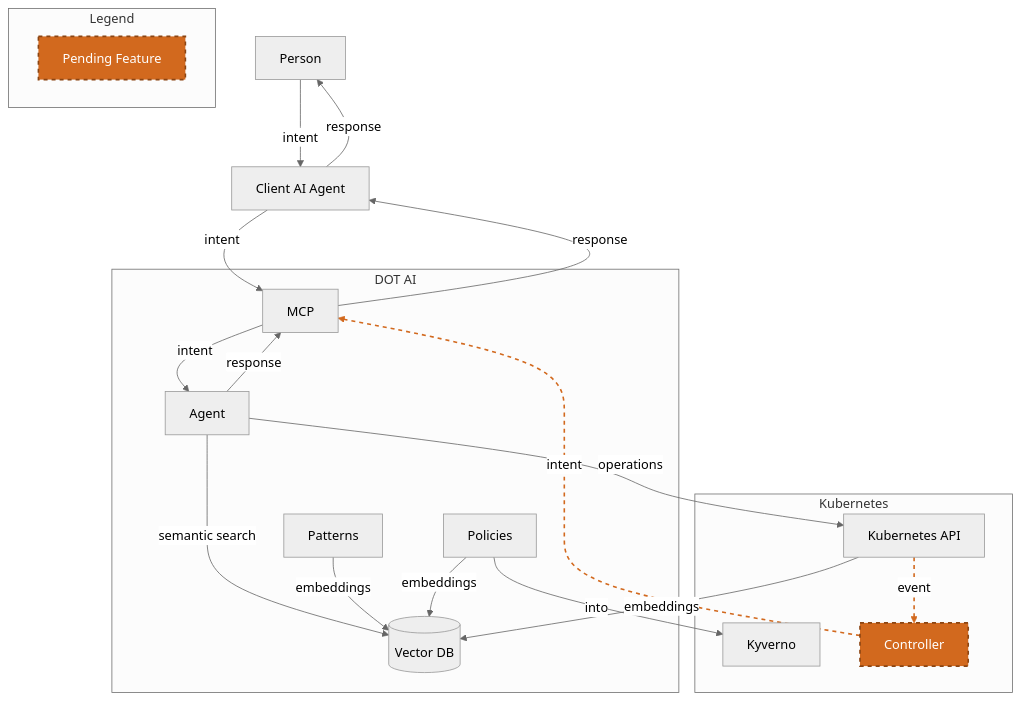
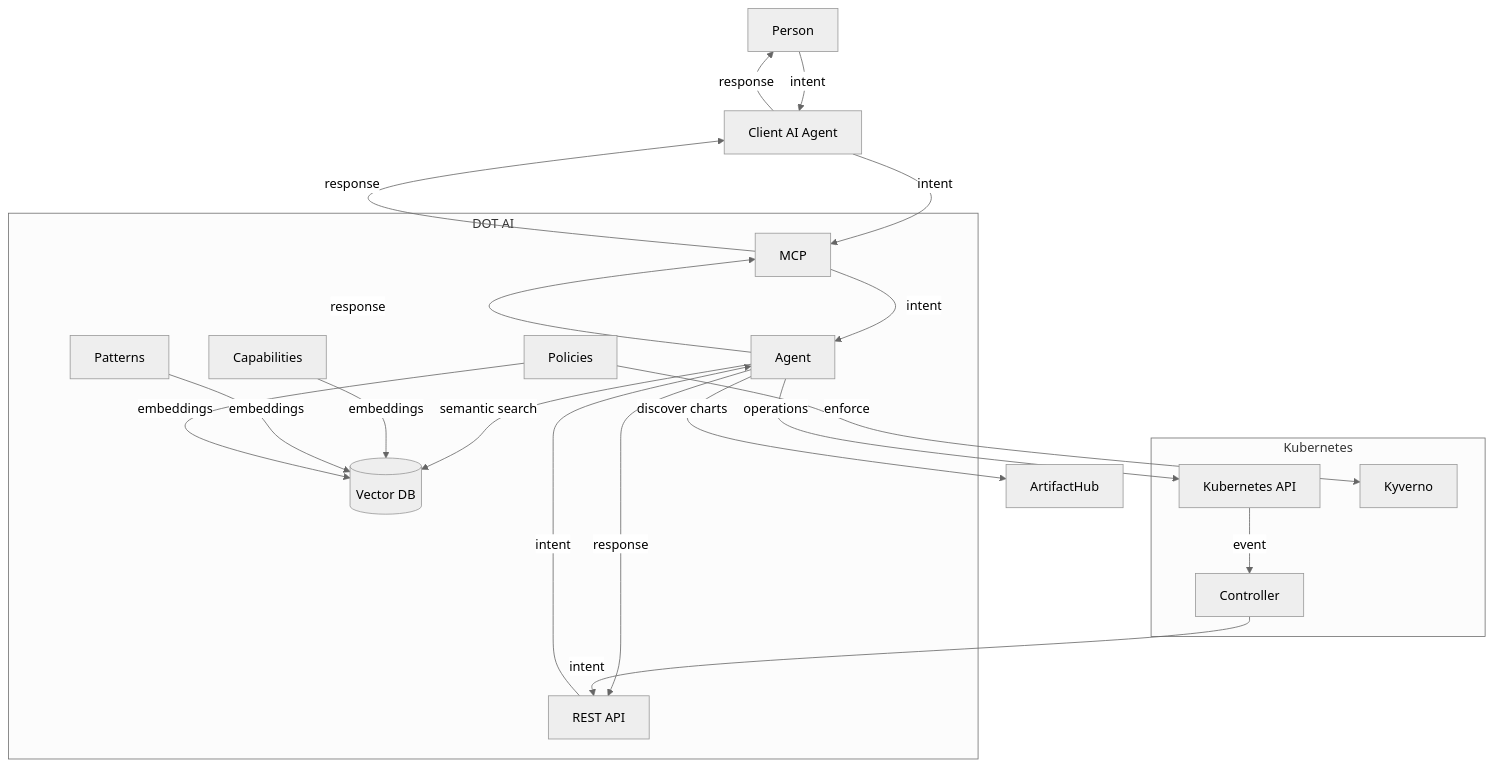
Before and after one commit to vfarcic/dot-ai: the diagram in docs/diags.md, drawn with Mermaid (neutral theme). The commit also changed other lines of this file, not shown here.

Commit message:
Docs [skip ci]

````diff
--- a/docs/diags.md
+++ b/docs/diags.md
@@ -9,48 +9,44 @@
 ```mermaid
 graph TD
     Person[Person]
     ClientAI[Client AI Agent]
-    
+    ArtifactHub[ArtifactHub]
+
     subgraph "DOT AI"
         DotAI[Agent]
+        Capabilities[Capabilities]
         Patterns[Patterns]
+        Policies[Policies]
         VectorDB[(Vector DB)]
-        Policies[Policies]
         MCP[MCP]
+        REST[REST API]
     end
-    
+
     subgraph Kubernetes
         K8sAPI[Kubernetes API]
         Kyverno[Kyverno]
-        Controller[Controller]:::pending
+        Controller[Controller]
     end
-    
+
     Person -->|intent| ClientAI
     ClientAI -->|response| Person
-    
+
     ClientAI -->|intent| MCP
     MCP -->|intent| DotAI
     DotAI -->|response| MCP
     MCP -->|response| ClientAI
-    
+
+    REST -->|intent| DotAI
+    DotAI -->|response| REST
+
     DotAI -->|semantic search| VectorDB
     DotAI -->|operations| K8sAPI
-    K8sAPI -.->|event| Controller
-    Controller -.->|intent| MCP
-    K8sAPI -->|embeddings| VectorDB
-    
-    %% Style the pending links
-    linkStyle 8 stroke:#D2691E,stroke-width:2px,stroke-dasharray: 5 5
-    linkStyle 9 stroke:#D2691E,stroke-width:2px,stroke-dasharray: 5 5
+    DotAI -->|discover charts| ArtifactHub
+    K8sAPI -->|event| Controller
+    Controller -->|intent| REST
+
+    Capabilities -->|embeddings| VectorDB
     Patterns -->|embeddings| VectorDB
     Policies -->|embeddings| VectorDB
-    Policies -->|into| Kyverno
-    
-    %% Styling for future/pending features
-    classDef pending fill:#D2691E,stroke:#8B4513,color:#FFFFFF,stroke-width:2px,stroke-dasharray: 5 5
-    
-    %% Legend
-    subgraph Legend
-        PendingFeature[Pending Feature]:::pending
-    end
+    Policies -->|enforce| Kyverno
 ```
````
